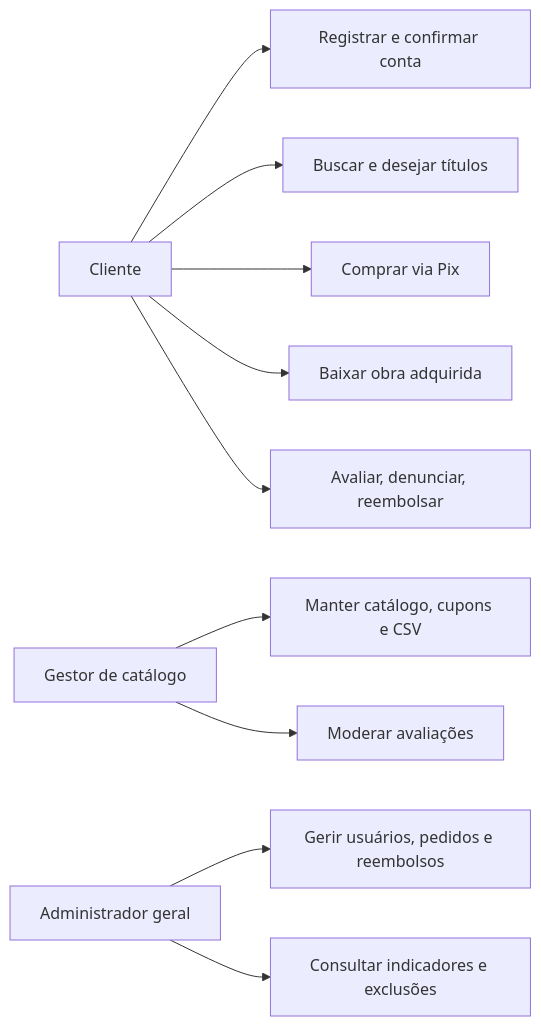
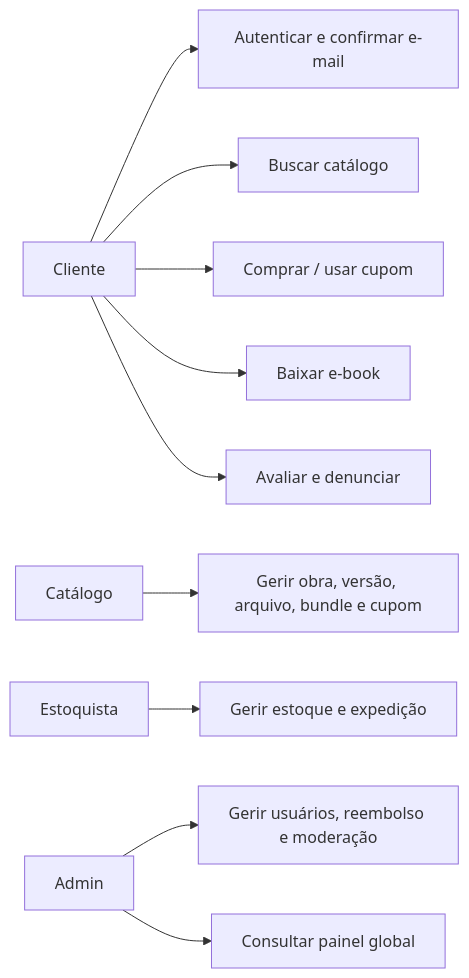
Before and after one commit to FelipePaterni/Lumina: the diagram in docs/diagrams/use-cases.md, drawn with Mermaid. The commit also changed 18 other files, not shown here.

````diff
--- a/docs/diagrams/use-cases.md
+++ b/docs/diagrams/use-cases.md
@@ -3,12 +3,12 @@
 ```mermaid
 flowchart LR
-  C[Cliente] --> U1[Registrar e confirmar conta]
-  C --> U2[Buscar e desejar títulos]
-  C --> U3[Comprar via Pix]
-  C --> U4[Baixar obra adquirida]
-  C --> U5[Avaliar, denunciar, reembolsar]
-  G[Gestor de catálogo] --> A1[Manter catálogo, cupons e CSV]
-  G --> A2[Moderar avaliações]
-  A[Administrador geral] --> A3[Gerir usuários, pedidos e reembolsos]
-  A --> A4[Consultar indicadores e exclusões]
+  C[Cliente] --> A[Autenticar e confirmar e-mail]
+  C --> B[Buscar catálogo]
+  C --> D[Comprar / usar cupom]
+  C --> E[Baixar e-book]
+  C --> F[Avaliar e denunciar]
+  G[Catálogo] --> H[Gerir obra, versão, arquivo, bundle e cupom]
+  W[Estoquista] --> I[Gerir estoque e expedição]
+  X[Admin] --> J[Gerir usuários, reembolso e moderação]
+  X --> K[Consultar painel global]
 ```
````
